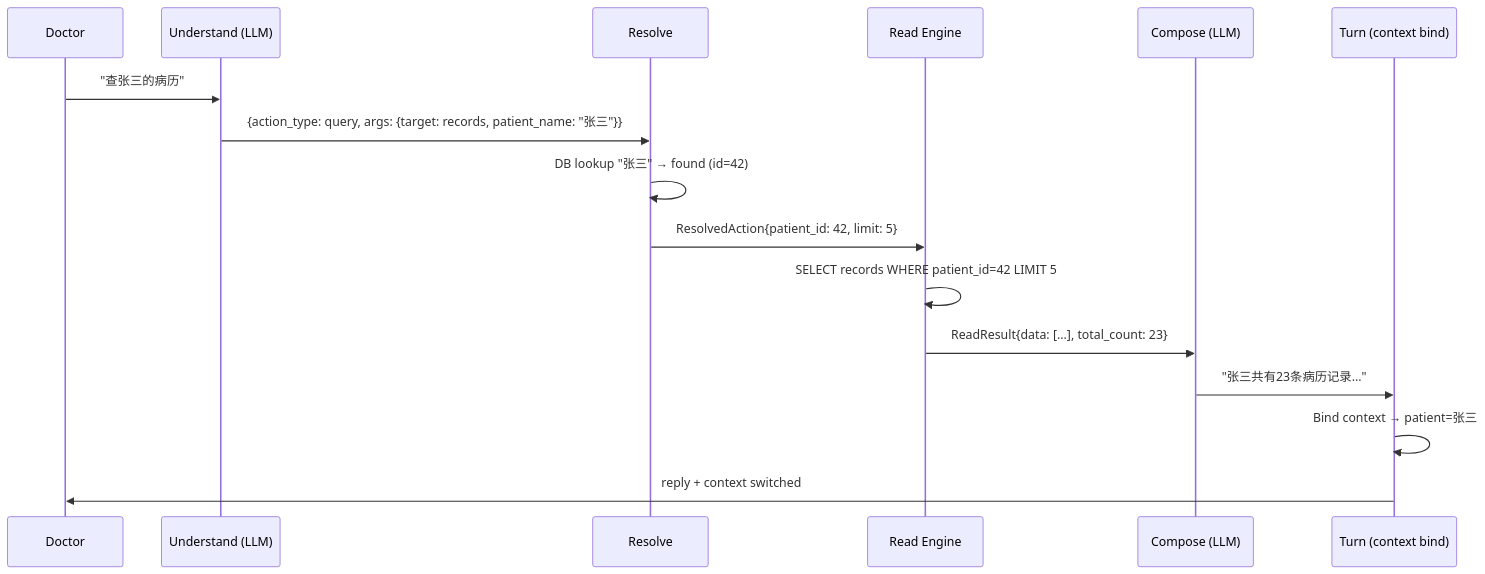
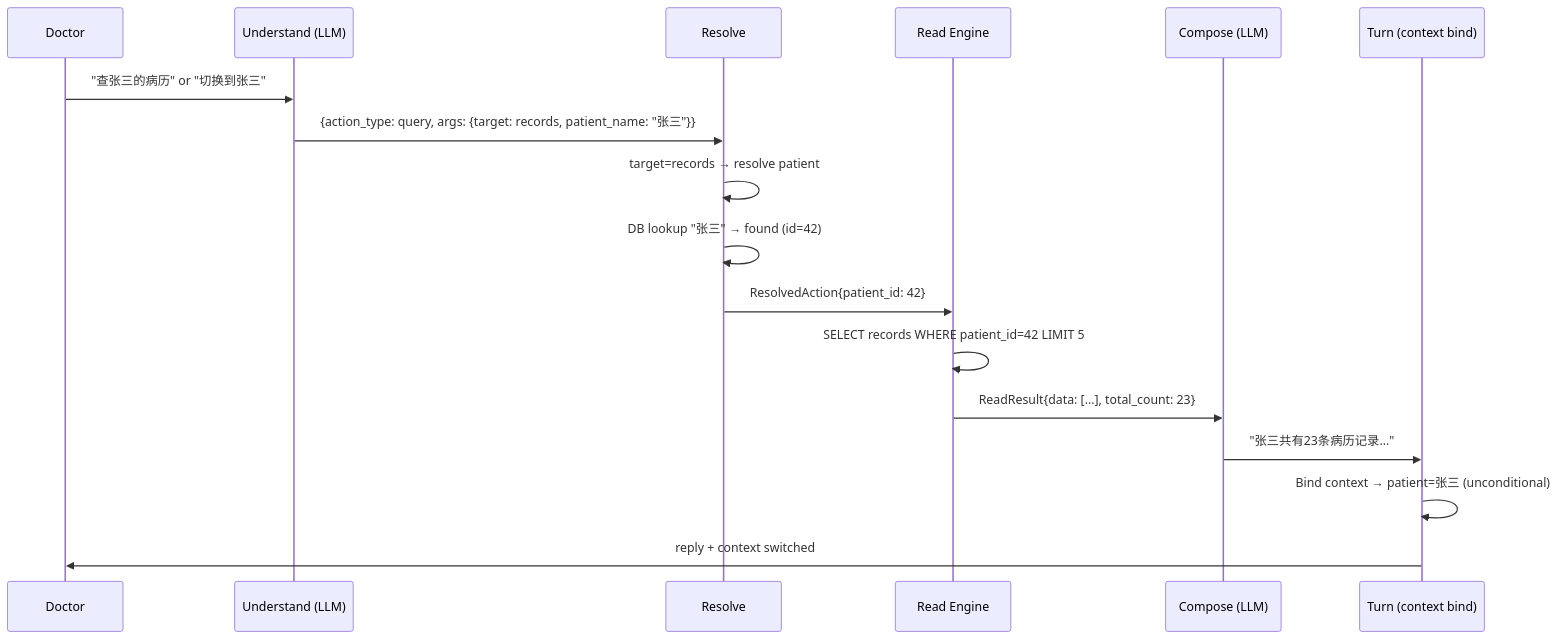
The third of 11 diagrams in docs/adr/0013-architecture-diagram.md (moments8890/doctor-ai-agent), drawn with Mermaid before and after one commit. The commit also changed other lines of this file, not shown here.

First line of the commit message:
docs: rewrite ADR 0013 diagrams to match ADR decisions

````diff
--- a/docs/adr/0013-architecture-diagram.md
+++ b/docs/adr/0013-architecture-diagram.md
@@ -110,19 +112,20 @@
 ```mermaid
 sequenceDiagram
     participant D as Doctor
     participant U as Understand (LLM)
     participant R as Resolve
     participant RE as Read Engine
     participant C as Compose (LLM)
     participant T as Turn (context bind)
 
-    D->>U: "查张三的病历"
+    D->>U: "查张三的病历" or "切换到张三"
     U->>R: {action_type: query, args: {target: records, patient_name: "张三"}}
+    R->>R: target=records → resolve patient
     R->>R: DB lookup "张三" → found (id=42)
-    R->>RE: ResolvedAction{patient_id: 42, limit: 5}
+    R->>RE: ResolvedAction{patient_id: 42}
     RE->>RE: SELECT records WHERE patient_id=42 LIMIT 5
     RE->>C: ReadResult{data: [...], total_count: 23}
     C->>T: "张三共有23条病历记录..."
-    T->>T: Bind context → patient=张三
+    T->>T: Bind context → patient=张三 (unconditional)
     T->>D: reply + context switched
 ```
````
